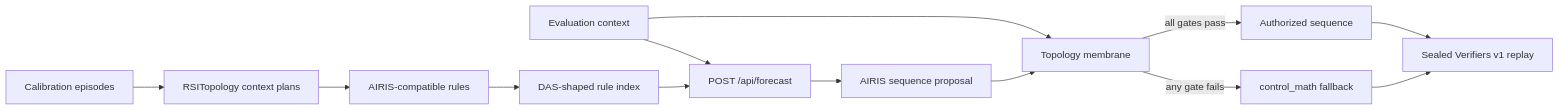
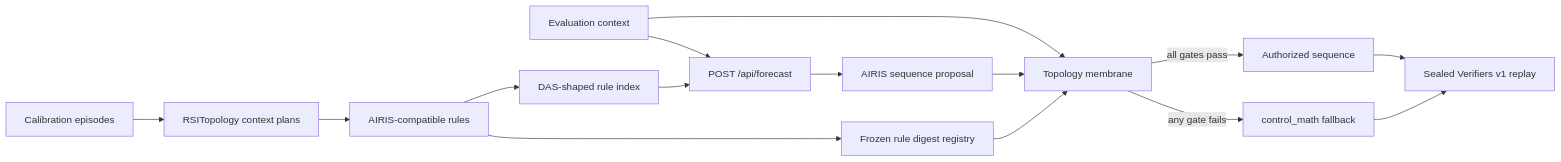
Before and after one commit to MoralityLabAI/HybridTRMLDT: the diagram in docs/airis_das_integration.md, drawn with Mermaid. The commit also changed other lines of this file and 31 other files, not shown here.

````diff
--- a/docs/airis_das_integration.md
+++ b/docs/airis_das_integration.md
@@ -20,15 +20,17 @@
 ```mermaid
 flowchart LR
     C[Calibration episodes] --> T[RSITopology context plans]
     T --> R[AIRIS-compatible rules]
     R --> D[DAS-shaped rule index]
+    R --> H[Frozen rule digest registry]
     X[Evaluation context] --> F[POST /api/forecast]
     D --> F
     F --> P[AIRIS sequence proposal]
     X --> M[Topology membrane]
     P --> M
+    H --> M
     M -->|all gates pass| A[Authorized sequence]
     M -->|any gate fails| B[control_math fallback]
     A --> V[Sealed Verifiers v1 replay]
     B --> V
 ```
````
